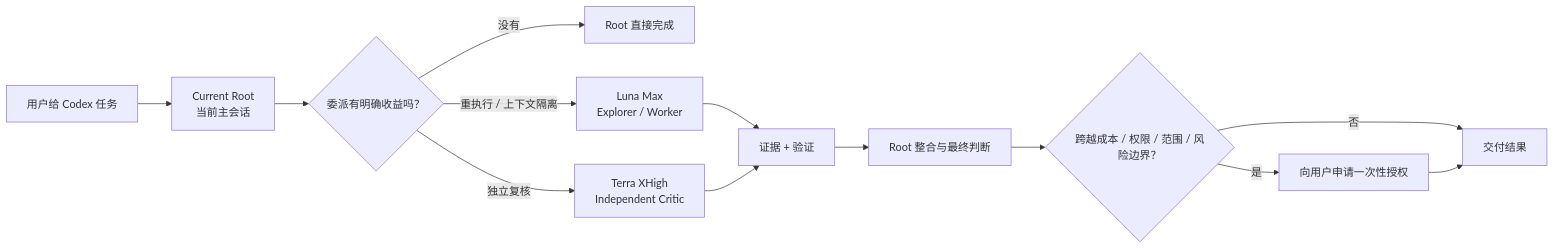
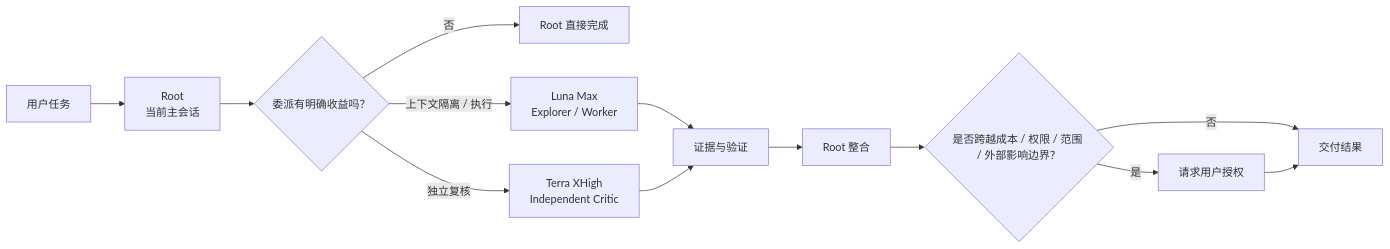
The diagram in README.md (R-jed/codex-agent-team), drawn with Mermaid before and after one commit. The commit also changed other lines of this file, not shown here.

````diff
--- a/README.md
+++ b/README.md
@@ -30,15 +29,15 @@
 ```mermaid
 flowchart LR
-    U[用户给 Codex 任务] --> R[Current Root<br/>当前主会话]
+    U[用户任务] --> R[Root<br/>当前主会话]
     R --> G{委派有明确收益吗？}
-    G -- 没有 --> D[Root 直接完成]
-    G -- 重执行 / 上下文隔离 --> L[Luna Max<br/>Explorer / Worker]
+    G -- 否 --> D[Root 直接完成]
+    G -- 上下文隔离 / 执行 --> L[Luna Max<br/>Explorer / Worker]
     G -- 独立复核 --> T[Terra XHigh<br/>Independent Critic]
-    L --> V[证据 + 验证]
+    L --> V[证据与验证]
     T --> V
-    V --> R2[Root 整合与最终判断]
-    R2 --> C{跨越成本 / 权限 / 范围 / 风险边界？}
+    V --> R2[Root 整合]
+    R2 --> C{是否跨越成本 / 权限 / 范围 / 外部影响边界？}
     C -- 否 --> O[交付结果]
-    C -- 是 --> H[向用户申请一次性授权]
+    C -- 是 --> H[请求用户授权]
     H --> O
 ```
````
